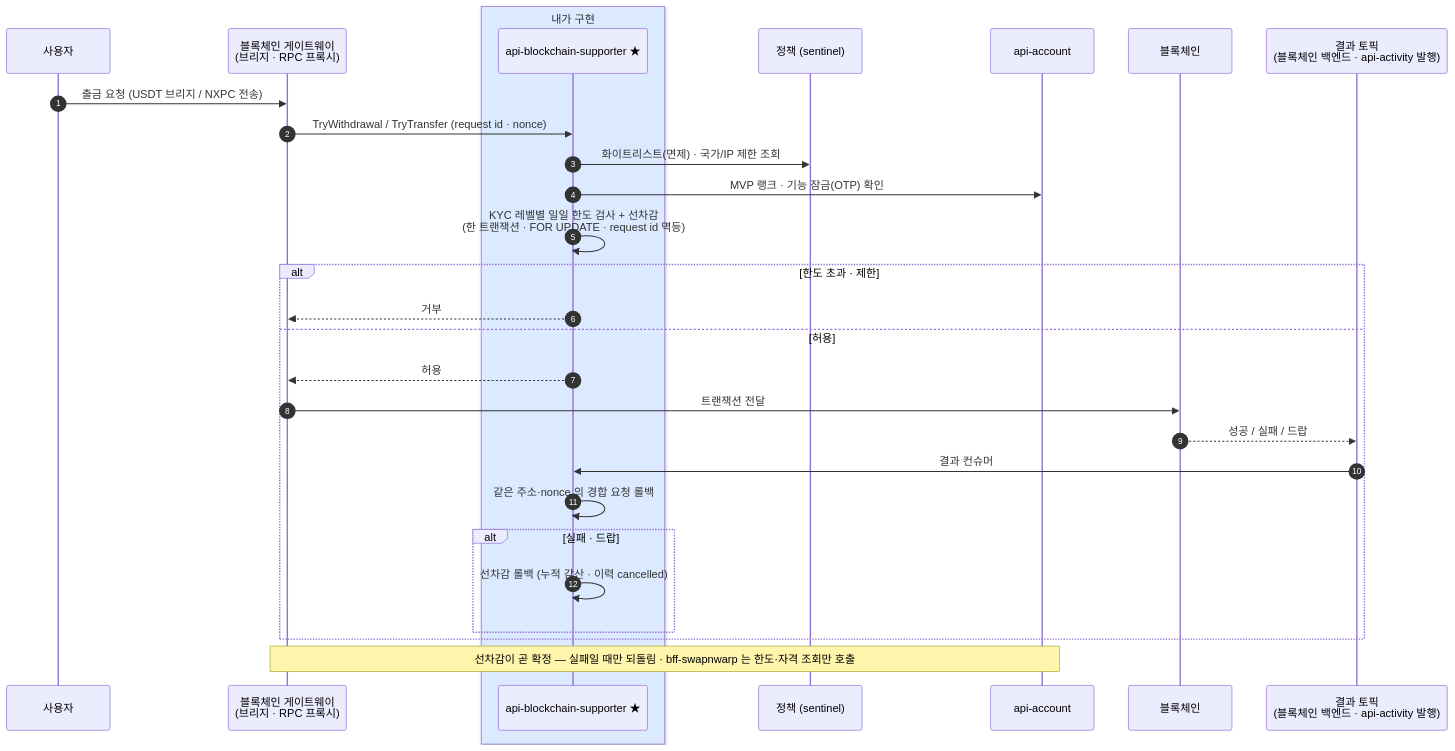
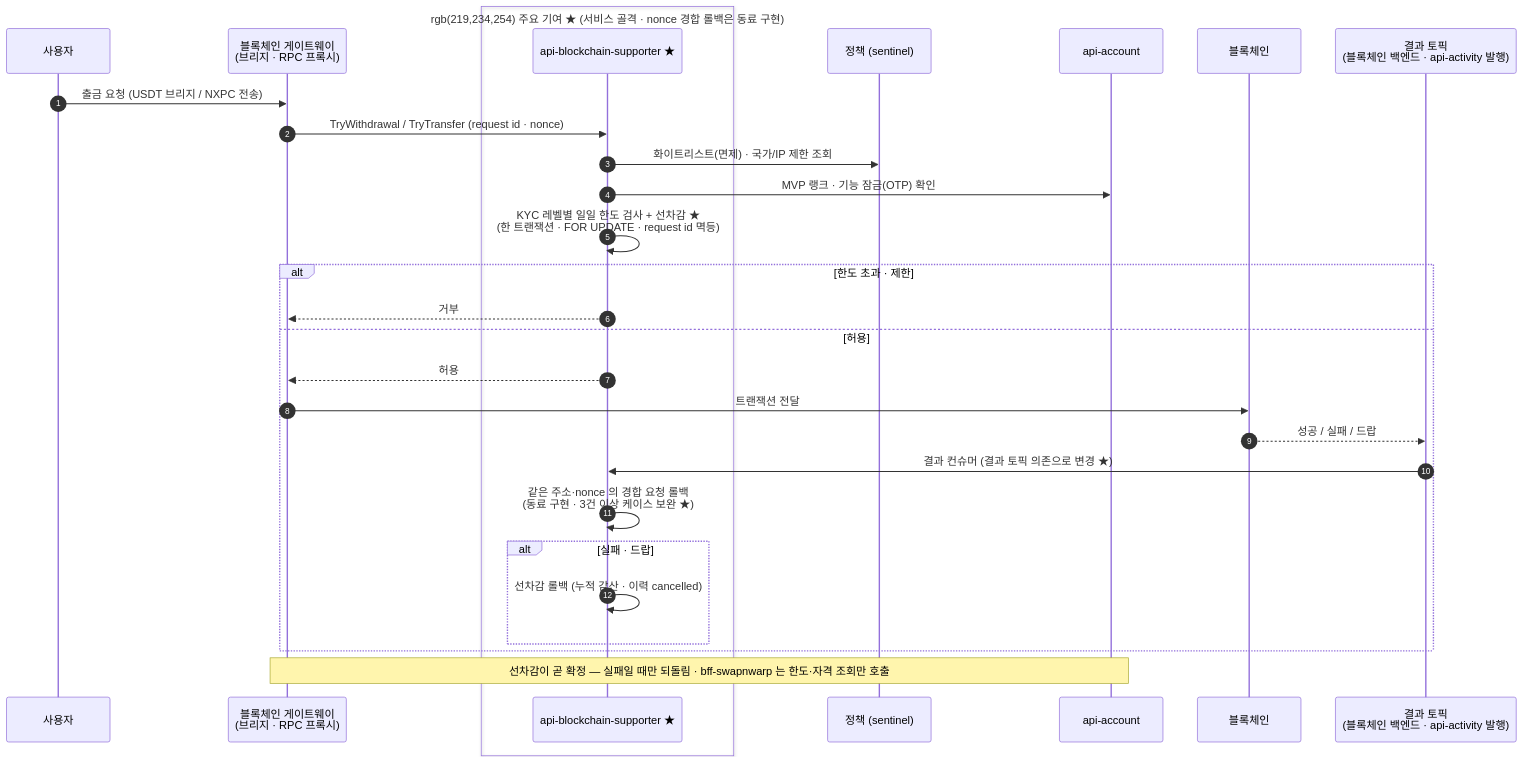
Before and after one commit to shalwxy/career: the diagram in content/diagrams/usdt.mmd, drawn with Mermaid. The commit also changed 18 other files, not shown here.

```diff
--- a/content/diagrams/usdt.mmd
+++ b/content/diagrams/usdt.mmd
@@ -1,31 +1,31 @@
 %% title: 스테이블 코인 출금 — 선차감과 결과 기반 롤백
 %% title_en: Stablecoin withdrawals — pre-deduction and result-driven rollback
 sequenceDiagram
     autonumber
     participant U as 사용자
     participant GW as 블록체인 게이트웨이<br/>(브리지 · RPC 프록시)
-    box rgb(219,234,254) 내가 구현
+    box rgb(219,234,254) 주요 기여 ★ (서비스 골격 · nonce 경합 롤백은 동료 구현)
     participant S as api-blockchain-supporter ★
     end
     participant P as 정책 (sentinel)
     participant AC as api-account
     participant BC as 블록체인
     participant K as 결과 토픽<br/>(블록체인 백엔드 · api-activity 발행)
     U->>GW: 출금 요청 (USDT 브리지 / NXPC 전송)
     GW->>S: TryWithdrawal / TryTransfer (request id · nonce)
     S->>P: 화이트리스트(면제) · 국가/IP 제한 조회
     S->>AC: MVP 랭크 · 기능 잠금(OTP) 확인
-    S->>S: KYC 레벨별 일일 한도 검사 + 선차감<br/>(한 트랜잭션 · FOR UPDATE · request id 멱등)
+    S->>S: KYC 레벨별 일일 한도 검사 + 선차감 ★<br/>(한 트랜잭션 · FOR UPDATE · request id 멱등)
     alt 한도 초과 · 제한
         S-->>GW: 거부
     else 허용
         S-->>GW: 허용
         GW->>BC: 트랜잭션 전달
         BC-->>K: 성공 / 실패 / 드랍
-        K->>S: 결과 컨슈머
-        S->>S: 같은 주소·nonce 의 경합 요청 롤백
+        K->>S: 결과 컨슈머 (결과 토픽 의존으로 변경 ★)
+        S->>S: 같은 주소·nonce 의 경합 요청 롤백<br/>(동료 구현 · 3건 이상 케이스 보완 ★)
         alt 실패 · 드랍
             S->>S: 선차감 롤백 (누적 감산 · 이력 cancelled)
         end
     end
     note over GW,AC: 선차감이 곧 확정 — 실패일 때만 되돌림 · bff-swapnwarp 는 한도·자격 조회만 호출
```
